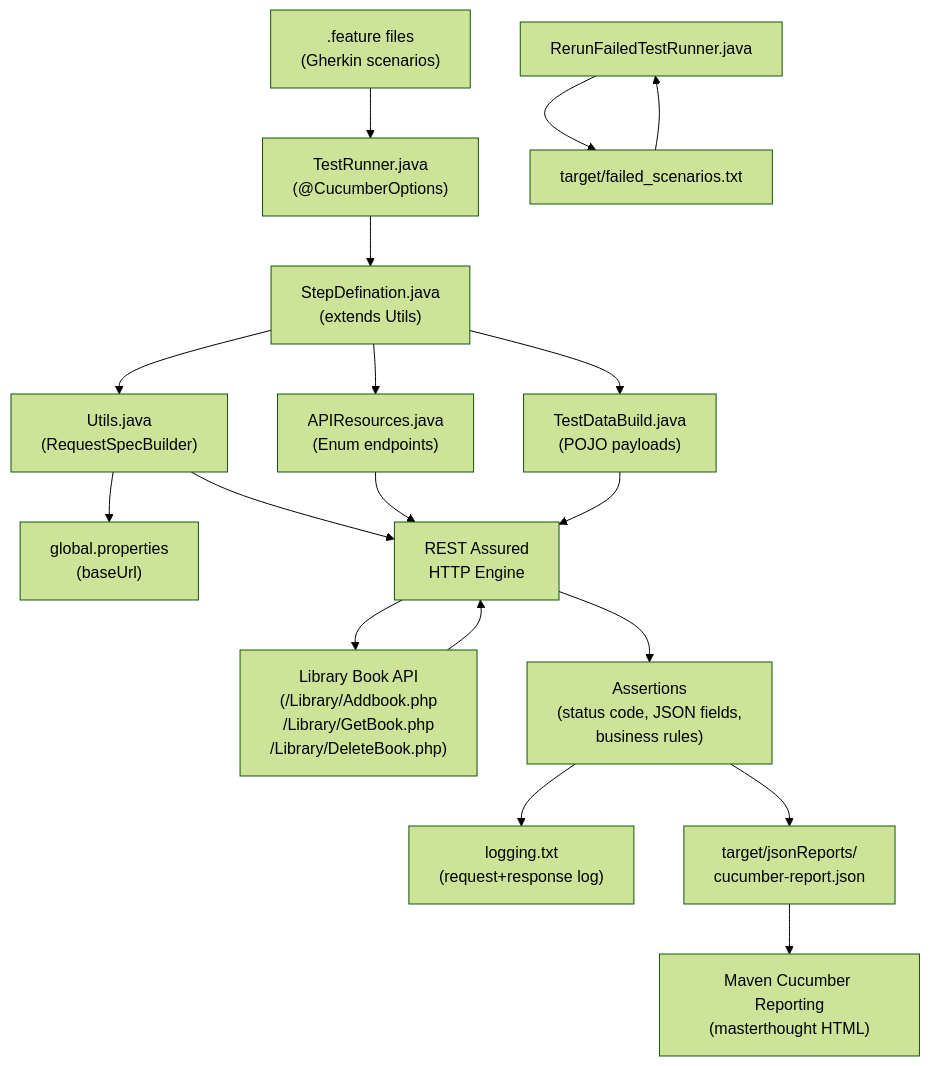
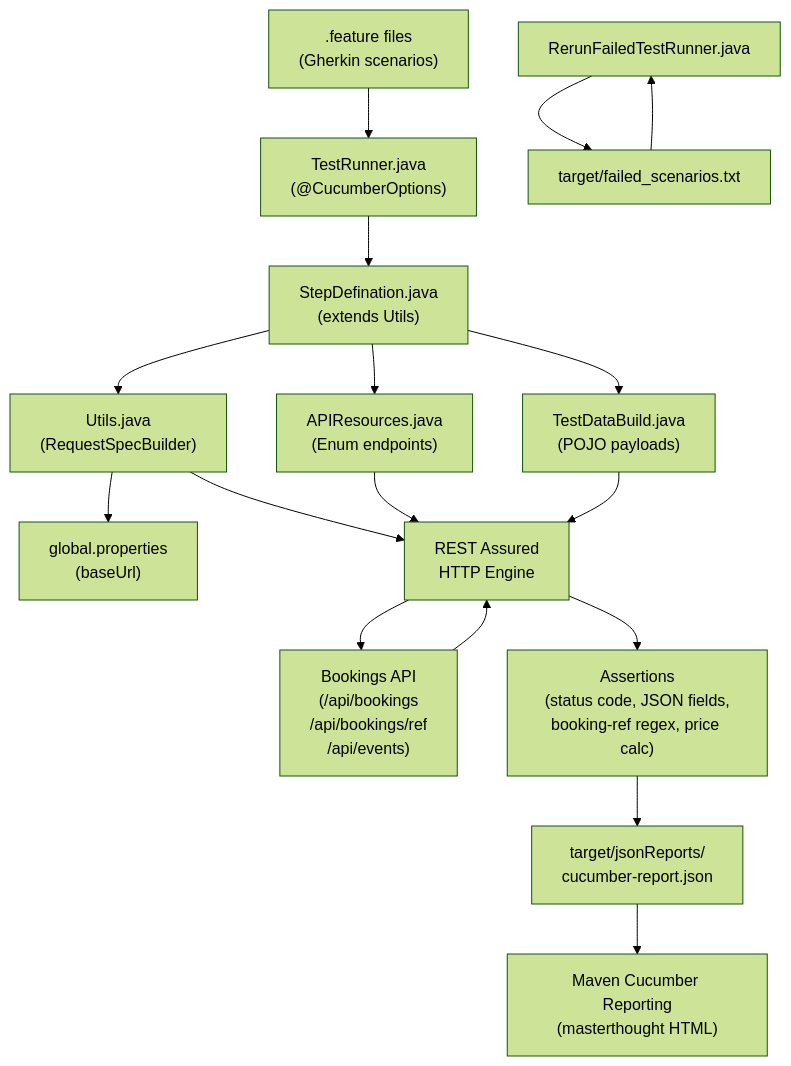
The first of 3 diagrams in README.md (samirjagtap4030/eventhub-restassured-bdd), drawn with Mermaid (forest theme) before and after one commit. The commit also changed other lines of this file and 44 other files, not shown here.

First line of the commit message:
Replace Library Book API automation with EventHub Bookings API automation

````diff
--- a/README.md
+++ b/README.md
@@ -141,20 +144,19 @@
 ```mermaid
 flowchart TD
     A[".feature files\n(Gherkin scenarios)"] --> B["TestRunner.java\n(@CucumberOptions)"]
     B --> C["StepDefination.java\n(extends Utils)"]
     C --> D["Utils.java\n(RequestSpecBuilder)"]
     C --> E["TestDataBuild.java\n(POJO payloads)"]
     C --> F["APIResources.java\n(Enum endpoints)"]
     D --> G["global.properties\n(baseUrl)"]
     D --> H["REST Assured\nHTTP Engine"]
     F --> H
     E --> H
-    H --> I["Library Book API\n(/Library/Addbook.php\n/Library/GetBook.php\n/Library/DeleteBook.php)"]
+    H --> I["Bookings API\n(/api/bookings\n/api/bookings/ref\n/api/events)"]
     I --> H
-    H --> J["Assertions\n(status code, JSON fields,\nbusiness rules)"]
-    J --> K["logging.txt\n(request+response log)"]
-    J --> L["target/jsonReports/\ncucumber-report.json"]
-    L --> M["Maven Cucumber Reporting\n(masterthought HTML)"]
-    B2["RerunFailedTestRunner.java"] --> N["target/failed_scenarios.txt"]
-    N --> B2
+    H --> J["Assertions\n(status code, JSON fields,\nbooking-ref regex, price calc)"]
+    J --> K["target/jsonReports/\ncucumber-report.json"]
+    K --> L["Maven Cucumber Reporting\n(masterthought HTML)"]
+    B2["RerunFailedTestRunner.java"] --> M["target/failed_scenarios.txt"]
+    M --> B2
 ```
````
